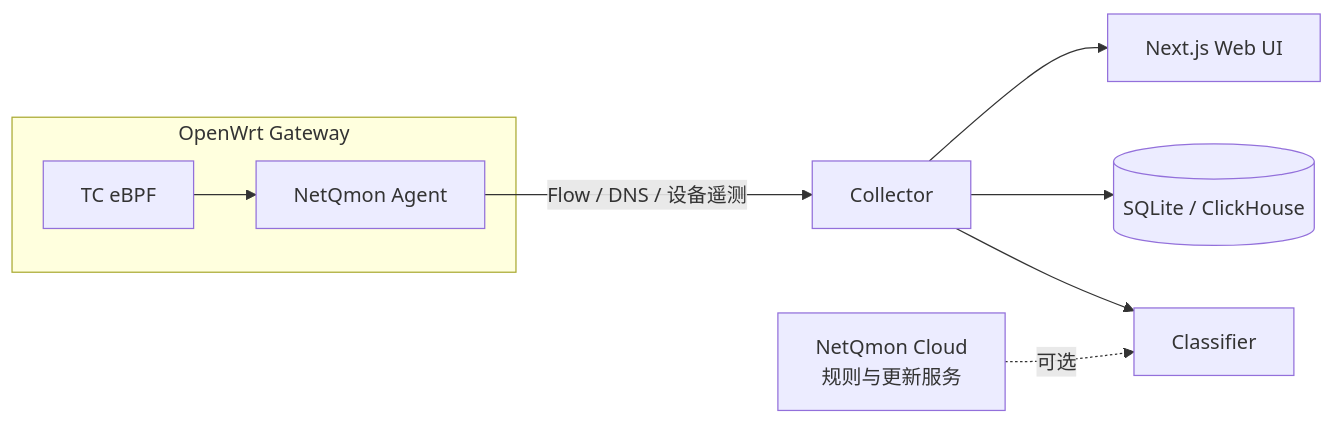
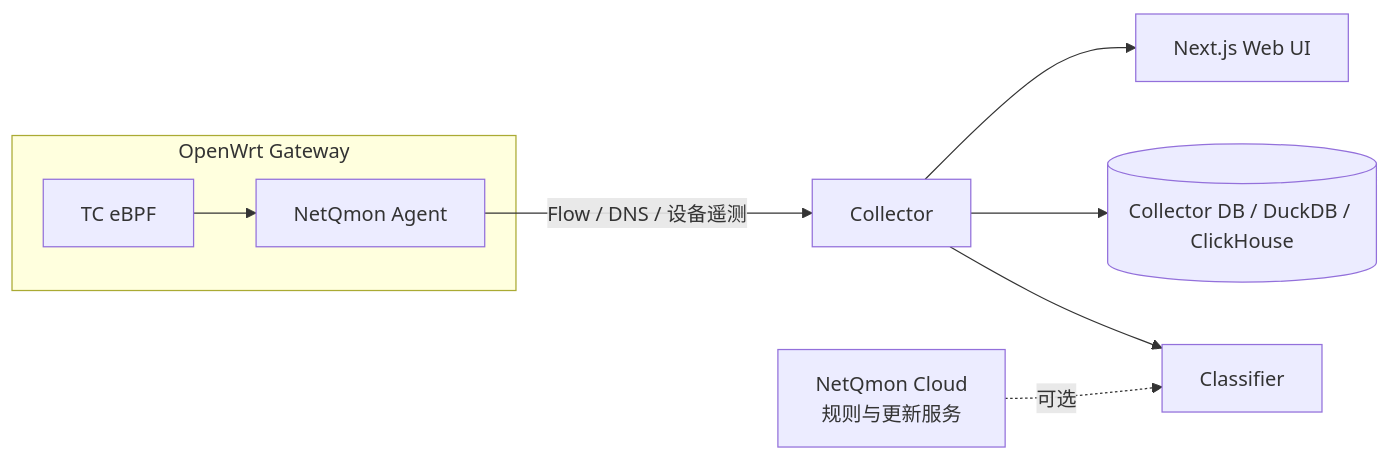
The diagram in docs/README.zh-CN.md (jarvis2f/netqmon), drawn with Mermaid before and after one commit. The commit also changed other lines of this file and 62 other files, not shown here.

````diff
--- a/docs/README.zh-CN.md
+++ b/docs/README.zh-CN.md
@@ -40,14 +40,14 @@
 ```mermaid
 flowchart LR
     subgraph Gateway["OpenWrt Gateway"]
         BPF["TC eBPF"]
         Agent["NetQmon Agent"]
         BPF --> Agent
     end
 
     Agent -->|"Flow / DNS / 设备遥测"| Collector["Collector"]
     Collector --> Classifier["Classifier"]
-    Collector --> Storage[("SQLite / ClickHouse")]
+    Collector --> Storage[("Collector DB / DuckDB / ClickHouse")]
     Collector --> UI["Next.js Web UI"]
     Cloud["NetQmon Cloud\n规则与更新服务"] -. "可选" .-> Classifier
 ```
````
